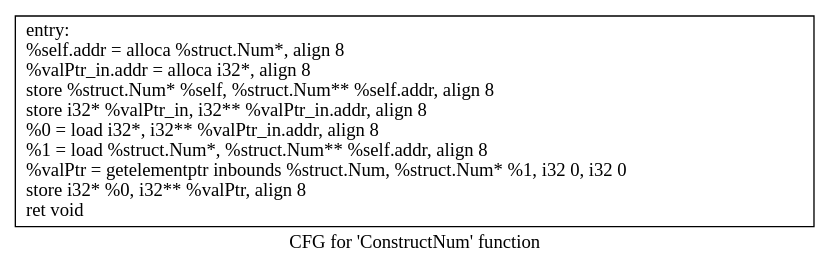
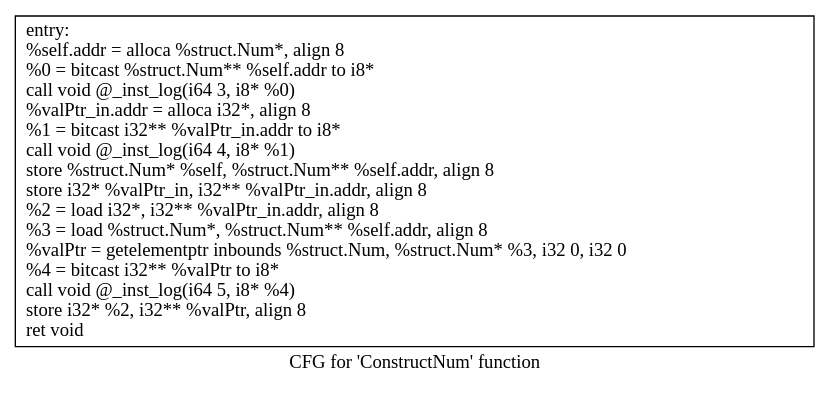
Before and after one commit to mattqemo/eecs583fp: the diagram in 583simple/.ConstructNum.dot, drawn with Graphviz. The commit also changed 31 other files, not shown here.

```diff
--- a/583simple/.ConstructNum.dot
+++ b/583simple/.ConstructNum.dot
@@ -1,5 +1,5 @@
 digraph "CFG for 'ConstructNum' function" {
 	label="CFG for 'ConstructNum' function";
 
-	Node0x5581754b2900 [shape=record,label="{entry:\l  %self.addr = alloca %struct.Num*, align 8\l  %valPtr_in.addr = alloca i32*, align 8\l  store %struct.Num* %self, %struct.Num** %self.addr, align 8\l  store i32* %valPtr_in, i32** %valPtr_in.addr, align 8\l  %0 = load i32*, i32** %valPtr_in.addr, align 8\l  %1 = load %struct.Num*, %struct.Num** %self.addr, align 8\l  %valPtr = getelementptr inbounds %struct.Num, %struct.Num* %1, i32 0, i32 0\l  store i32* %0, i32** %valPtr, align 8\l  ret void\l}"];
+	Node0x564d40185e80 [shape=record,label="{entry:\l  %self.addr = alloca %struct.Num*, align 8\l  %0 = bitcast %struct.Num** %self.addr to i8*\l  call void @_inst_log(i64 3, i8* %0)\l  %valPtr_in.addr = alloca i32*, align 8\l  %1 = bitcast i32** %valPtr_in.addr to i8*\l  call void @_inst_log(i64 4, i8* %1)\l  store %struct.Num* %self, %struct.Num** %self.addr, align 8\l  store i32* %valPtr_in, i32** %valPtr_in.addr, align 8\l  %2 = load i32*, i32** %valPtr_in.addr, align 8\l  %3 = load %struct.Num*, %struct.Num** %self.addr, align 8\l  %valPtr = getelementptr inbounds %struct.Num, %struct.Num* %3, i32 0, i32 0\l  %4 = bitcast i32** %valPtr to i8*\l  call void @_inst_log(i64 5, i8* %4)\l  store i32* %2, i32** %valPtr, align 8\l  ret void\l}"];
 }
```
